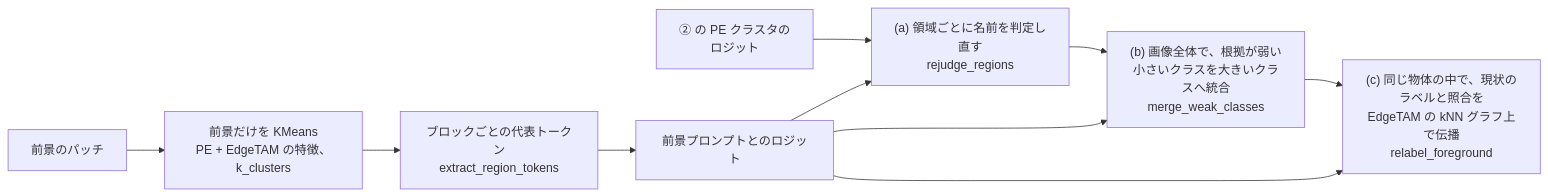
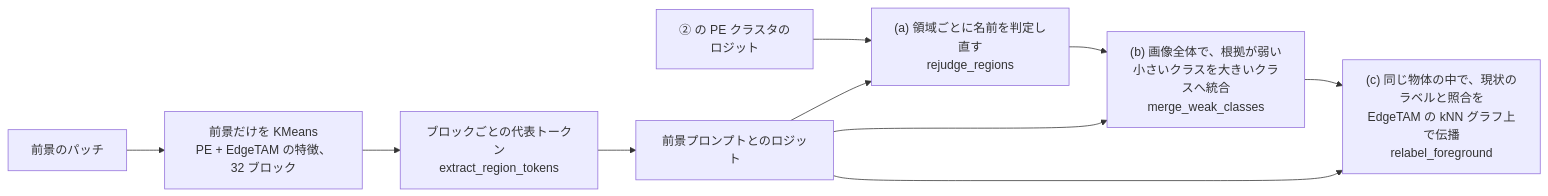
One commit to fklg-64/pe_anything_detect changed the fourth of 4 diagrams in docs/coarse_segmentation.md. Above: the diagram before and after it, drawn with Mermaid. The commit also changed other lines of this file and 5 other files, not shown here.

````diff
--- a/docs/coarse_segmentation.md
+++ b/docs/coarse_segmentation.md
@@ -114,12 +114,12 @@
 ```mermaid
 flowchart LR
-    FG["前景のパッチ"] --> KM["前景だけを KMeans<br/>PE + EdgeTAM の特徴、k_clusters"]
+    FG["前景のパッチ"] --> KM["前景だけを KMeans<br/>PE + EdgeTAM の特徴、32 ブロック"]
     KM --> RT["ブロックごとの代表トークン<br/>extract_region_tokens"]
     RT --> LG["前景プロンプトとのロジット"]
     PEL["② の PE クラスタの<br/>ロジット"] --> A
     LG --> A["(a) 領域ごとに名前を判定し直す<br/>rejudge_regions"]
     A --> B["(b) 画像全体で、根拠が弱い<br/>小さいクラスを大きいクラスへ統合<br/>merge_weak_classes"]
     LG --> B
     B --> C["(c) 同じ物体の中で、現状のラベルと照合を<br/>EdgeTAM の kNN グラフ上で伝播<br/>relabel_foreground"]
     LG --> C
 ```
````
